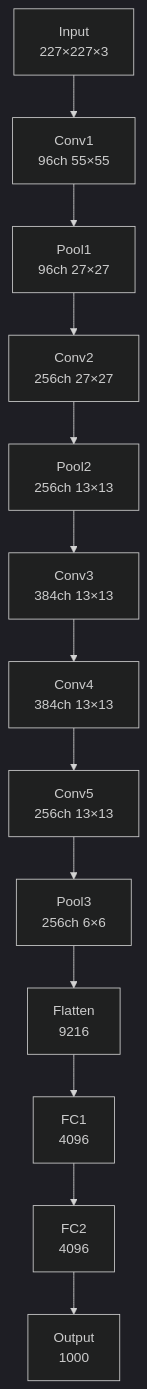
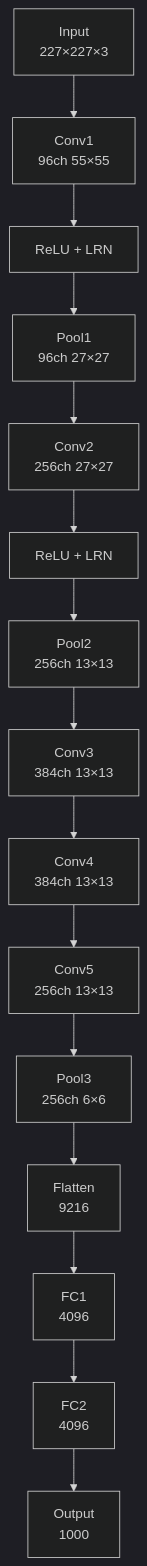
Before and after one commit to c0z0c/sprint_mission: the first of 2 diagrams in 스터디/AlexNet.md, drawn with Mermaid (dark theme). The commit also changed 1 other file, not shown here.

Commit message:
AlexNet_실습_250814

````diff
--- a/스터디/AlexNet.md
+++ b/스터디/AlexNet.md
@@ -42,15 +42,17 @@
 ```mermaid
 graph TD
     A[Input<br/>227×227×3] --> B[Conv1<br/>96ch 55×55]
-    B --> C[Pool1<br/>96ch 27×27]
+    B --> B1[ReLU + LRN]
+    B1 --> C[Pool1<br/>96ch 27×27]
     C --> D[Conv2<br/>256ch 27×27]
-    D --> E[Pool2<br/>256ch 13×13]
+    D --> D1[ReLU + LRN]
+    D1 --> E[Pool2<br/>256ch 13×13]
     E --> F[Conv3<br/>384ch 13×13]
     F --> G[Conv4<br/>384ch 13×13]
     G --> H[Conv5<br/>256ch 13×13]
     H --> I[Pool3<br/>256ch 6×6]
     I --> J[Flatten<br/>9216]
     J --> K[FC1<br/>4096]
     K --> L[FC2<br/>4096]
     L --> M[Output<br/>1000]
 ```
````
